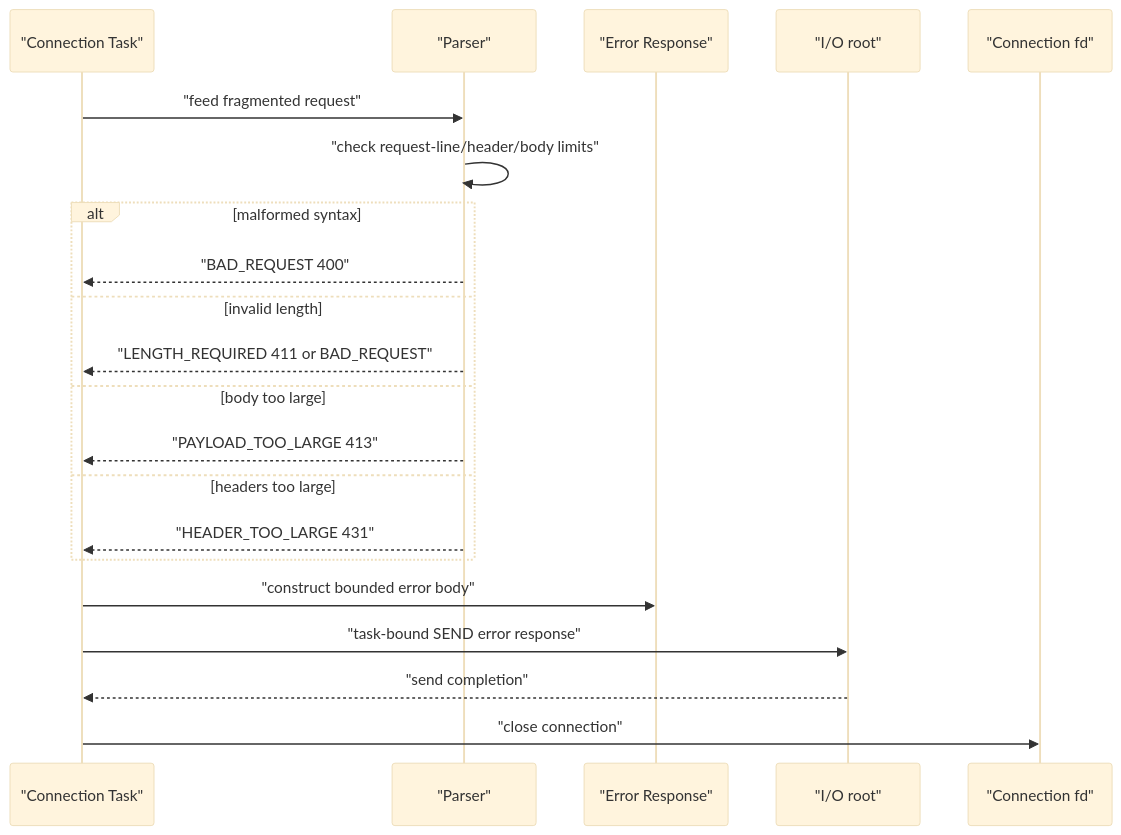
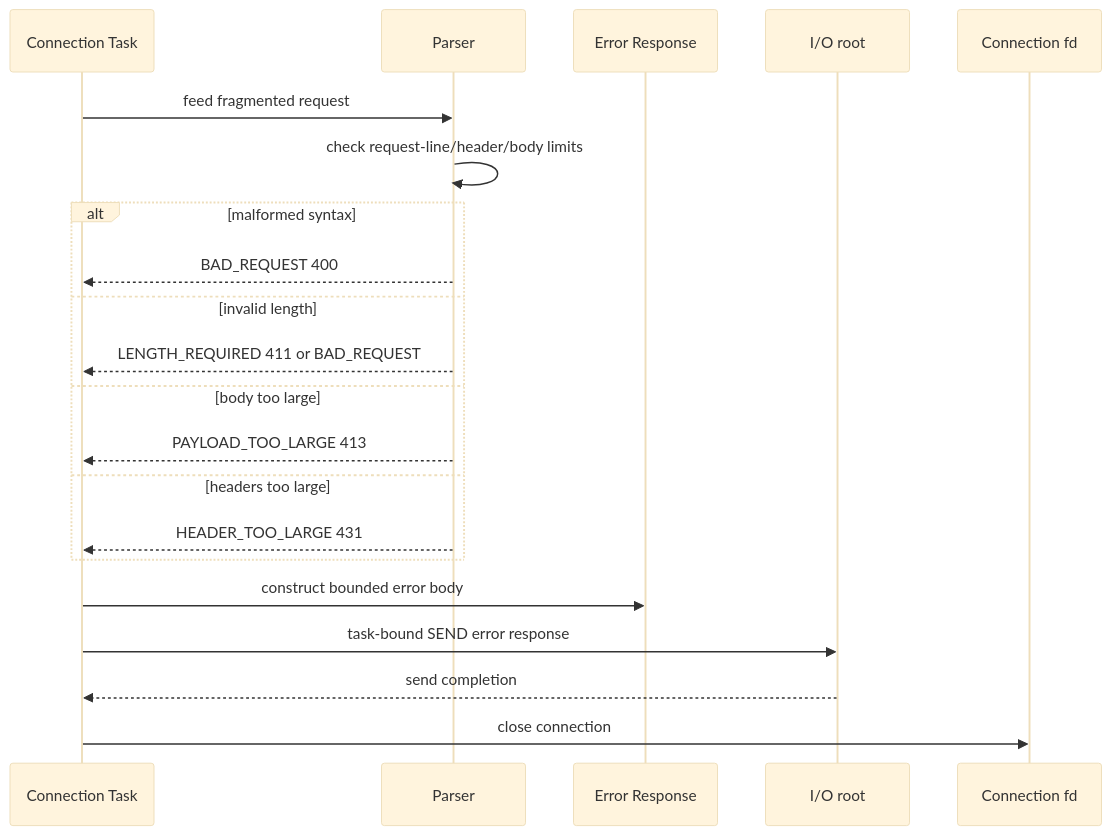
Before and after one commit to nobody0726/veloco: diagram 21 of 24 in docs/domain/domain-model-and-flows.md, drawn with Mermaid (base theme). The commit also changed other lines of this file and 1 other file, not shown here.

First line of the commit message:
Make GitHub Mermaid diagrams render consistently

````diff
--- a/docs/domain/domain-model-and-flows.md
+++ b/docs/domain/domain-model-and-flows.md
@@ -861,24 +861,24 @@
 ```mermaid
 sequenceDiagram
-    participant G as "Connection Task"
-    participant P as "Parser"
-    participant Resp as "Error Response"
-    participant IO as "I/O root"
-    participant Fd as "Connection fd"
+    participant G as Connection Task
+    participant P as Parser
+    participant Resp as Error Response
+    participant IO as I/O root
+    participant Fd as Connection fd
 
-    G->>P: "feed fragmented request"
-    P->>P: "check request-line/header/body limits"
+    G->>P: feed fragmented request
+    P->>P: check request-line/header/body limits
     alt malformed syntax
-        P-->>G: "BAD_REQUEST 400"
+        P-->>G: BAD_REQUEST 400
     else invalid length
-        P-->>G: "LENGTH_REQUIRED 411 or BAD_REQUEST"
+        P-->>G: LENGTH_REQUIRED 411 or BAD_REQUEST
     else body too large
-        P-->>G: "PAYLOAD_TOO_LARGE 413"
+        P-->>G: PAYLOAD_TOO_LARGE 413
     else headers too large
-        P-->>G: "HEADER_TOO_LARGE 431"
+        P-->>G: HEADER_TOO_LARGE 431
     end
-    G->>Resp: "construct bounded error body"
-    G->>IO: "task-bound SEND error response"
-    IO-->>G: "send completion"
-    G->>Fd: "close connection"
+    G->>Resp: construct bounded error body
+    G->>IO: task-bound SEND error response
+    IO-->>G: send completion
+    G->>Fd: close connection
 ```
````
